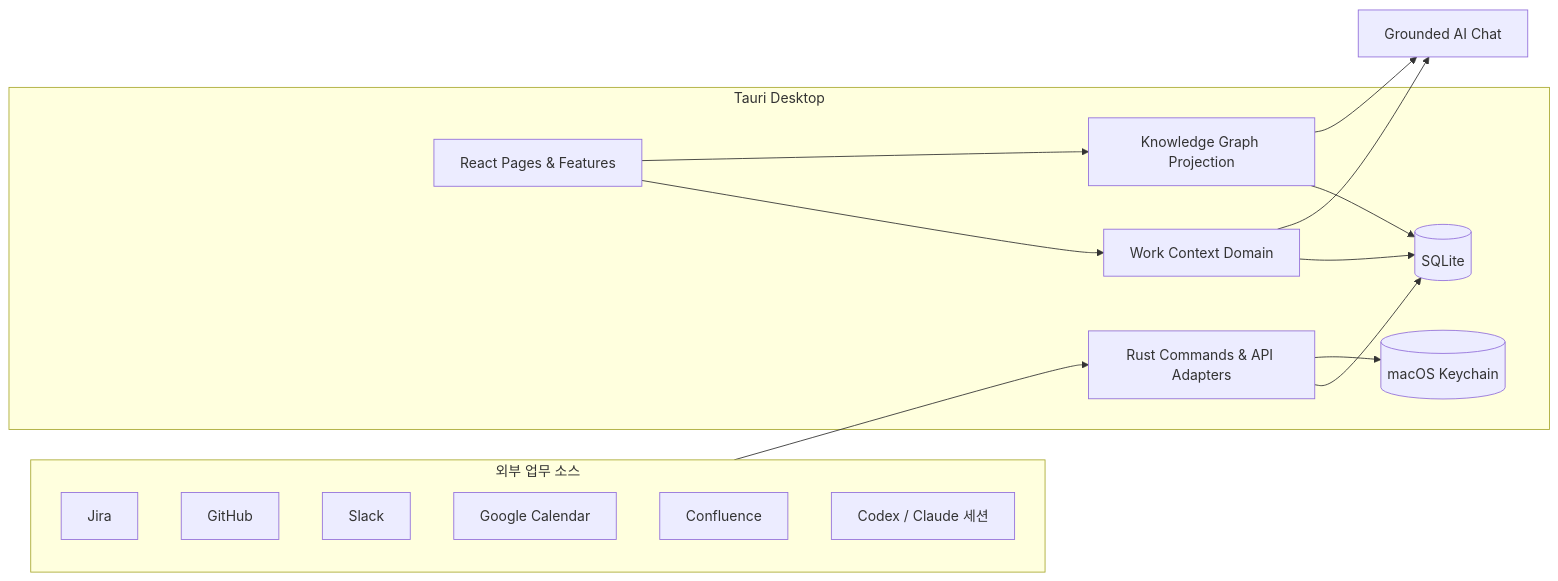
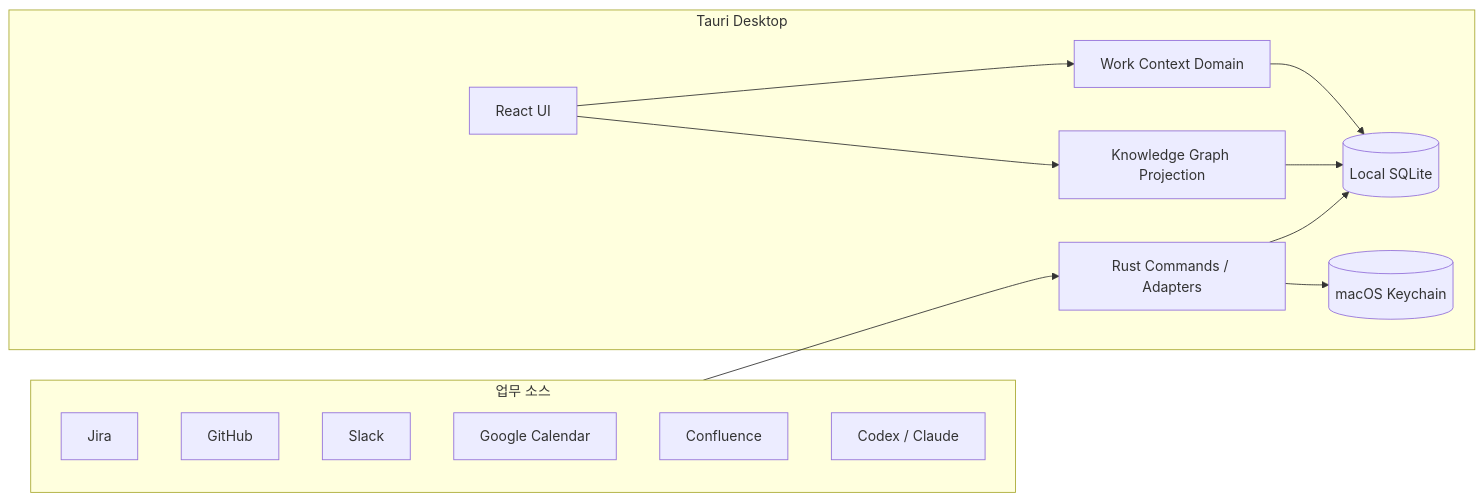
One commit to ckdwns9121/orbit changed the diagram in README.md. Above: the diagram before and after it, drawn with Mermaid. The commit also changed other lines of this file, not shown here.

````diff
--- a/README.md
+++ b/README.md
@@ -28,30 +182,28 @@
 ```mermaid
 flowchart LR
-  subgraph External[외부 업무 소스]
+  subgraph Sources[업무 소스]
     Jira
     GitHub
     Slack
     Calendar[Google Calendar]
     Confluence
-    AISession[Codex / Claude 세션]
+    AI[Codex / Claude]
   end
 
-  subgraph Desktop[Tauri Desktop]
-    UI[React Pages & Features]
+  subgraph Orbit[Tauri Desktop]
+    React[React UI]
     Domain[Work Context Domain]
-    Graph[Knowledge Graph Projection]
-    Commands[Rust Commands & API Adapters]
-    DB[(SQLite)]
+    Projection[Knowledge Graph Projection]
+    Rust[Rust Commands / Adapters]
+    SQLite[(Local SQLite)]
     Keychain[(macOS Keychain)]
   end
 
-  External --> Commands
-  UI --> Domain
-  UI --> Graph
-  Domain --> DB
-  Graph --> DB
-  Commands --> DB
-  Commands --> Keychain
-  Graph --> Chat[Grounded AI Chat]
-  Domain --> Chat
+  Sources --> Rust
+  React --> Domain
+  React --> Projection
+  Domain --> SQLite
+  Projection --> SQLite
+  Rust --> SQLite
+  Rust --> Keychain
 ```
````
